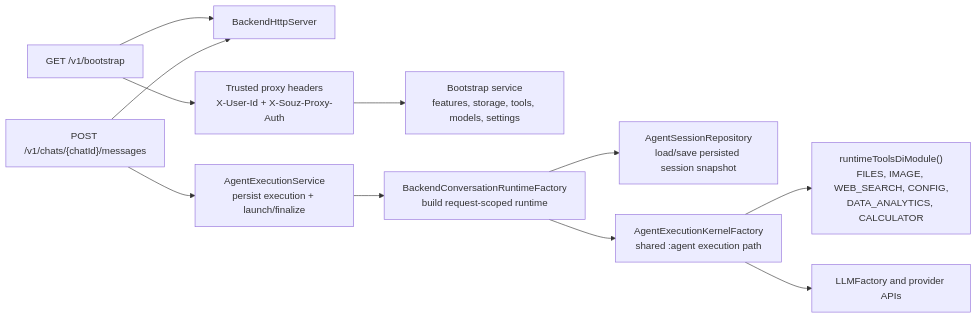
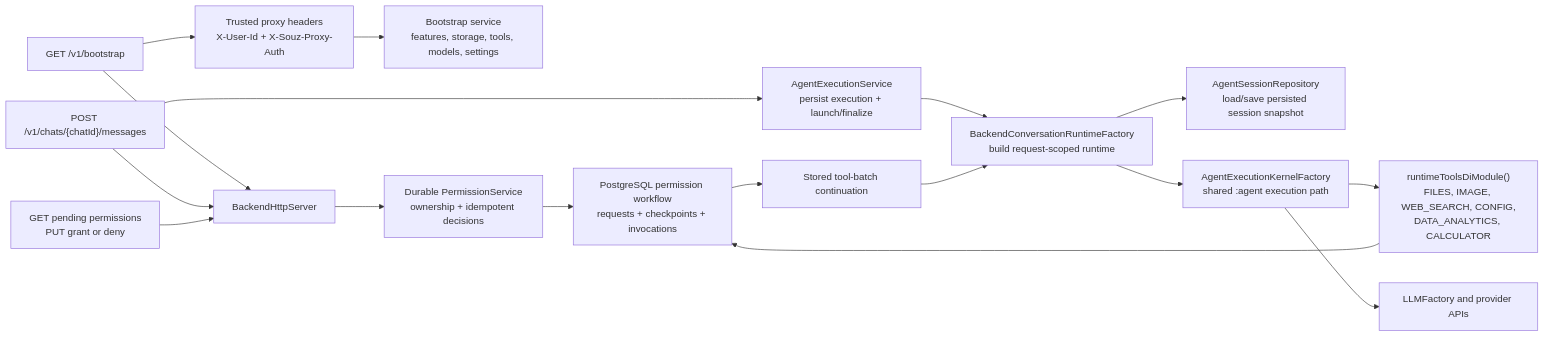
One commit to D00mch/souz changed the diagram in AGENTS.md. Above: the diagram before and after it, drawn with Mermaid. The commit also changed other lines of this file and 71 other files, not shown here.

Commit message:
Support backend agent permissions; store checkpoints

````diff
--- a/AGENTS.md
+++ b/AGENTS.md
@@ -90,13 +91,19 @@
 ```mermaid
 flowchart LR
     bootstrap["GET /v1/bootstrap"] --> http["BackendHttpServer"]
     messages["POST /v1/chats/{chatId}/messages"] --> http
+    permissions["GET pending permissions\nPUT grant or deny"] --> http
     bootstrap --> security["Trusted proxy headers\nX-User-Id + X-Souz-Proxy-Auth"]
     security --> meta["Bootstrap service\nfeatures, storage, tools, models, settings"]
     messages --> execution["AgentExecutionService\npersist execution + launch/finalize"]
+    http --> permissionApi["Durable PermissionService\nownership + idempotent decisions"]
     execution --> runtime["BackendConversationRuntimeFactory\nbuild request-scoped runtime"]
     runtime --> repo["AgentSessionRepository\nload/save persisted session snapshot"]
     runtime --> kernel["AgentExecutionKernelFactory\nshared :agent execution path"]
     kernel --> tools["runtimeToolsDiModule()\nFILES, IMAGE, WEB_SEARCH, CONFIG,\nDATA_ANALYTICS, CALCULATOR"]
+    tools --> workflow["PostgreSQL permission workflow\nrequests + checkpoints + invocations"]
+    permissionApi --> workflow
+    workflow --> resume["Stored tool-batch continuation"]
+    resume --> runtime
     kernel --> llm["LLMFactory and provider APIs"]
 ```
````
